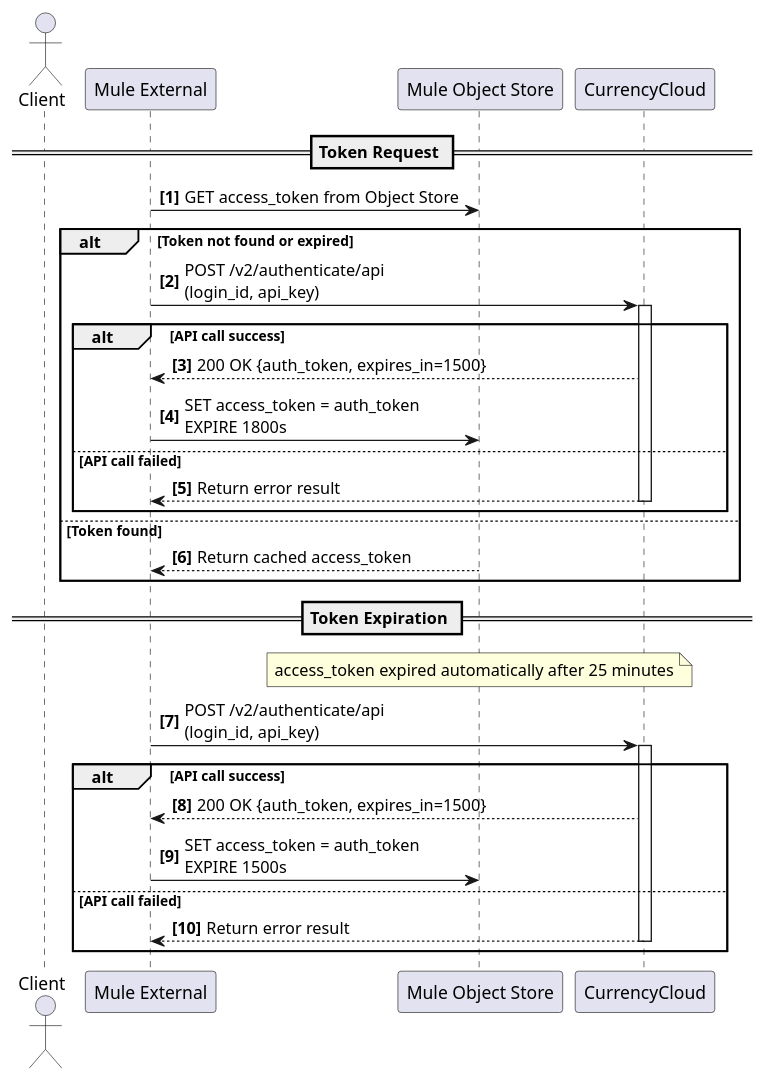
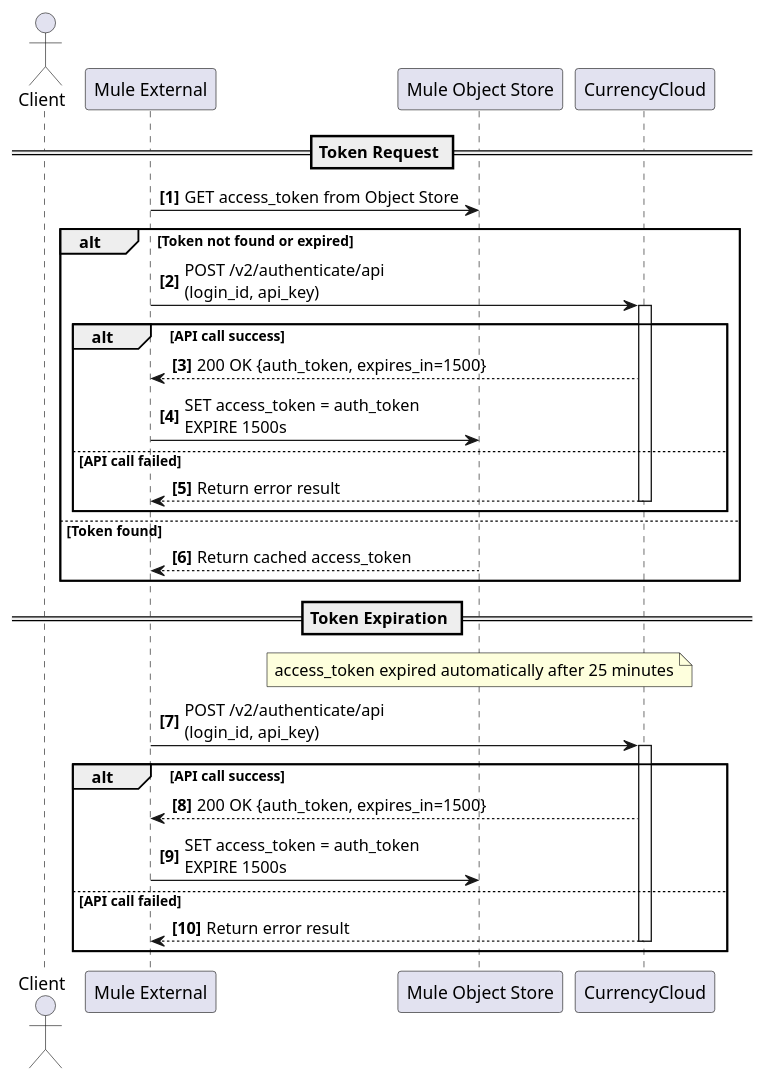
The diagram in Login to CurrencyCloud.wsd (lokitechz/sequence), drawn with PlantUML before and after one commit.

Commit message:
Update access token expiration time to 1500 seconds

```diff
--- a/Login to CurrencyCloud.wsd
+++ b/Login to CurrencyCloud.wsd
@@ -1,39 +1,39 @@
 @startuml CurrencyCloud Authentication & Token Cache Flow (Cache handled in Mule External)
 
 autonumber "<b>[0]"
 actor Client
 participant "Mule External" as ME
 participant "Mule Object Store" as MOS
 participant "CurrencyCloud" as CC
 
 == Token Request ==
 ME -> MOS: GET access_token from Object Store
 alt Token not found or expired
     ME -> CC: POST /v2/authenticate/api\n(login_id, api_key)
     activate CC
     alt API call success
         CC --> ME: 200 OK {auth_token, expires_in=1500}
-        ME -> MOS: SET access_token = auth_token\nEXPIRE 1800s
+        ME -> MOS: SET access_token = auth_token\nEXPIRE 1500s
     else API call failed
         CC --> ME: Return error result
         deactivate CC
     end
 else Token found
     MOS --> ME: Return cached access_token
     deactivate ME
 end
 
 == Token Expiration ==
 note over MOS: access_token expired automatically after 25 minutes
 ME -> CC: POST /v2/authenticate/api\n(login_id, api_key)
 activate CC
 alt API call success 
     CC --> ME: 200 OK {auth_token, expires_in=1500}
     ME -> MOS: SET access_token = auth_token\nEXPIRE 1500s
     deactivate ME
 else API call failed
     CC --> ME: Return error result
     deactivate CC
 end
 
 @enduml
```
